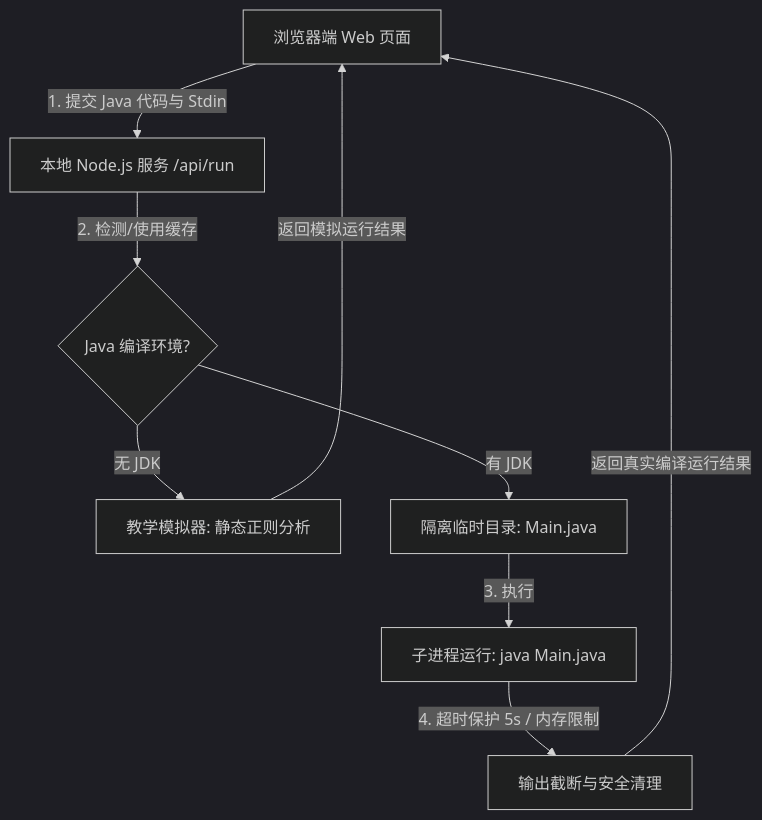
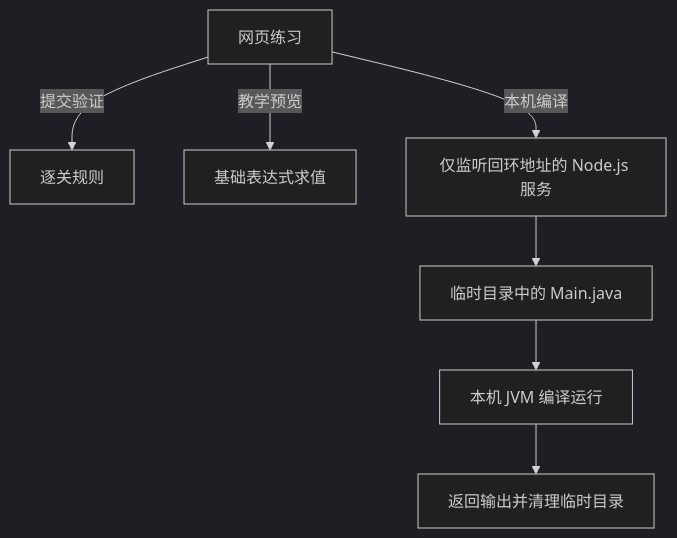
The diagram in README.md (pursuing-coding/java-path), drawn with Mermaid (dark theme) before and after one commit. The commit also changed other lines of this file and 14 other files, not shown here.

````diff
--- a/README.md
+++ b/README.md
@@ -39,11 +34,9 @@
 ```mermaid
 graph TD
-    A[浏览器端 Web 页面] -->|1. 提交 Java 代码与 Stdin| B[本地 Node.js 服务 /api/run]
-    B -->|2. 检测/使用缓存| C{Java 编译环境?}
-    C -->|无 JDK| D[教学模拟器: 静态正则分析]
-    C -->|有 JDK| E[隔离临时目录: Main.java]
-    E -->|3. 执行| F[子进程运行: java Main.java]
-    F -->|4. 超时保护 5s / 内存限制| G[输出截断与安全清理]
-    D -->|返回模拟运行结果| A
-    G -->|返回真实编译运行结果| A
+    A[网页练习] -->|提交验证| B[逐关规则]
+    A -->|教学预览| C[基础表达式求值]
+    A -->|本机编译| D[仅监听回环地址的 Node.js 服务]
+    D --> E[临时目录中的 Main.java]
+    E --> F[本机 JVM 编译运行]
+    F --> G[返回输出并清理临时目录]
 ```
````
